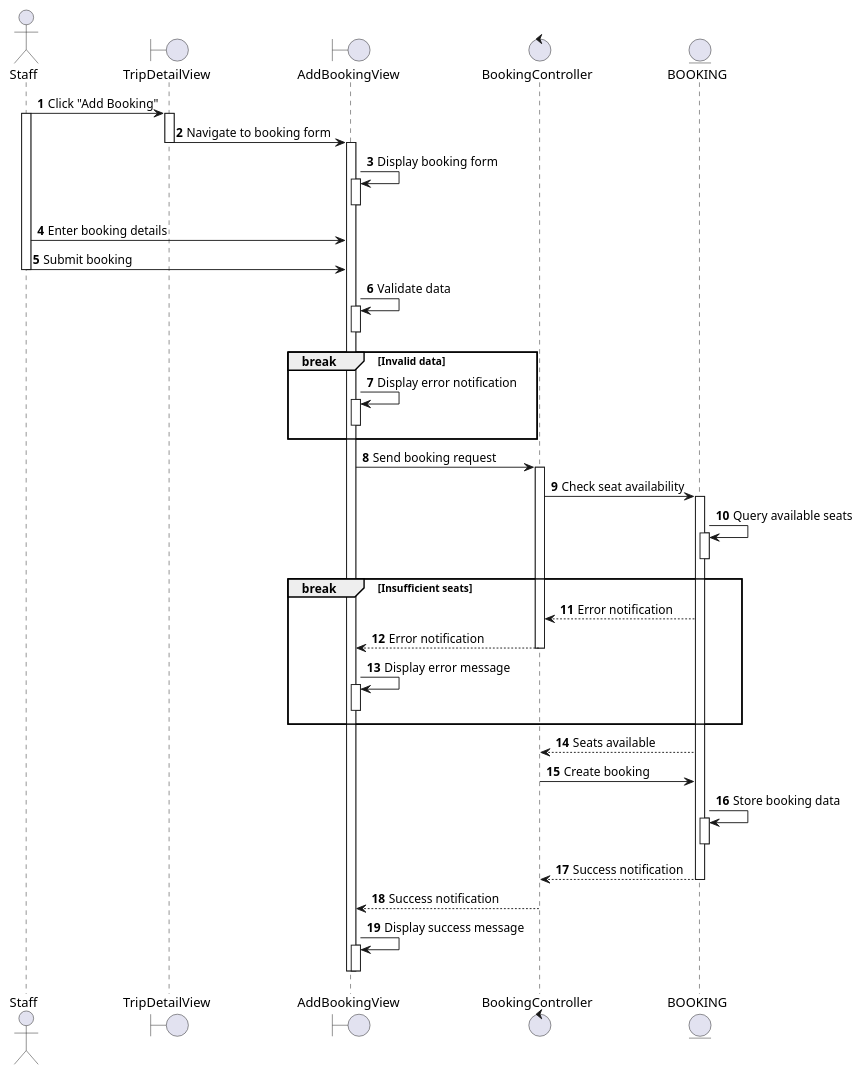
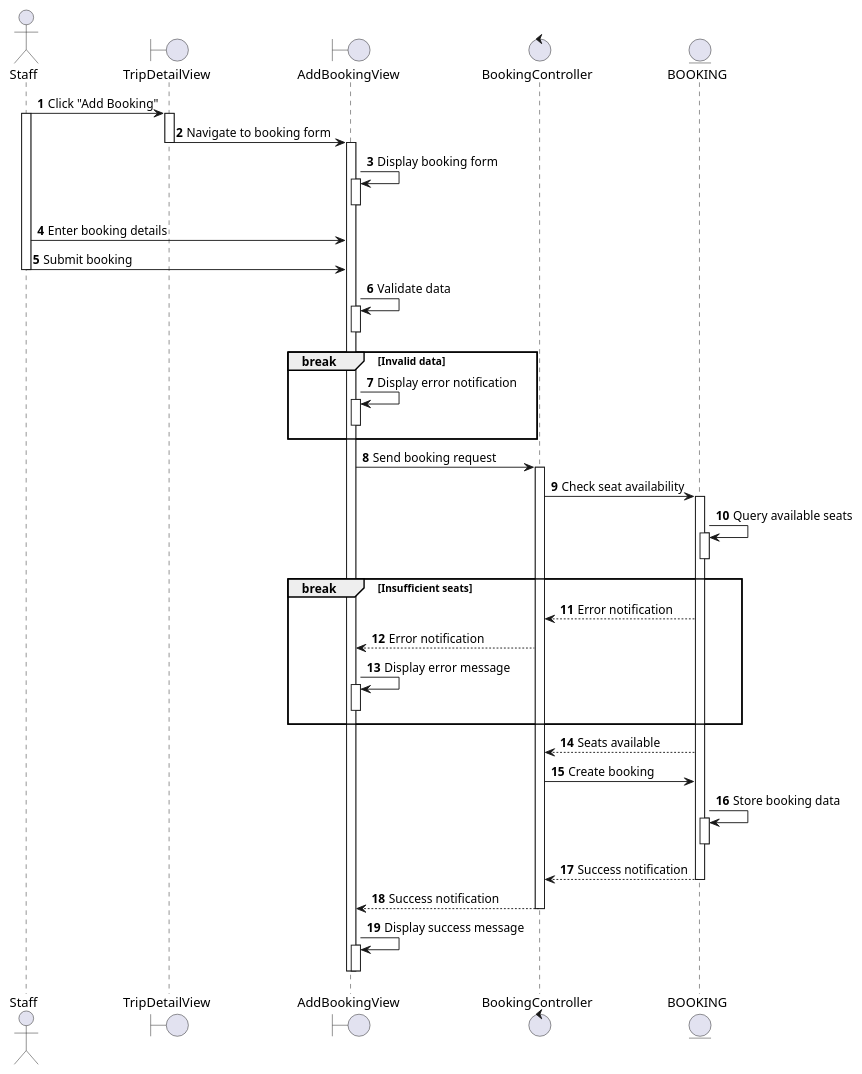
The diagram in docs/docs/sequence/manage-trips/add-new-booking-for-trip.md (se113-wm/se113-wm.github.io), drawn with PlantUML before and after one commit. The commit also changed 10 other files, not shown here.

Commit message:
fix(sequence): deactivate entities in various sequence diagrams for clarity

````diff
--- a/docs/docs/sequence/manage-trips/add-new-booking-for-trip.md
+++ b/docs/docs/sequence/manage-trips/add-new-booking-for-trip.md
@@ -3,66 +3,65 @@
 ```plantuml
 @startuml
 autonumber
 
 actor Staff as S
 boundary TripDetailView as TDV
 boundary AddBookingView as ABV
 control BookingController as BC
 entity BOOKING as B
 
 S -> TDV: Click "Add Booking"
 activate S
 activate TDV
 TDV -> ABV: Navigate to booking form
 deactivate TDV
 activate ABV
 ABV -> ABV: Display booking form
 activate ABV
 deactivate ABV
 
 S -> ABV: Enter booking details
 S -> ABV: Submit booking
 deactivate S
 ABV -> ABV: Validate data
 activate ABV
 deactivate ABV
 
 break Invalid data
   ABV -> ABV: Display error notification
   activate ABV
   deactivate ABV
 end
 
 ABV -> BC: Send booking request
 activate BC
 BC -> B: Check seat availability
 activate B
 B -> B: Query available seats
 activate B
 deactivate B
 
 break Insufficient seats
   BC <-- B: Error notification
   ABV <-- BC: Error notification
-  deactivate BC
   ABV -> ABV: Display error message
   activate ABV
   deactivate ABV
 end
 
 BC <-- B: Seats available
 BC -> B: Create booking
 B -> B: Store booking data
 activate B
 deactivate B
 BC <-- B: Success notification
 deactivate B
 ABV <-- BC: Success notification
 deactivate BC
 ABV -> ABV: Display success message
 activate ABV
 deactivate ABV
 deactivate ABV
 
 @enduml
 ```
````
